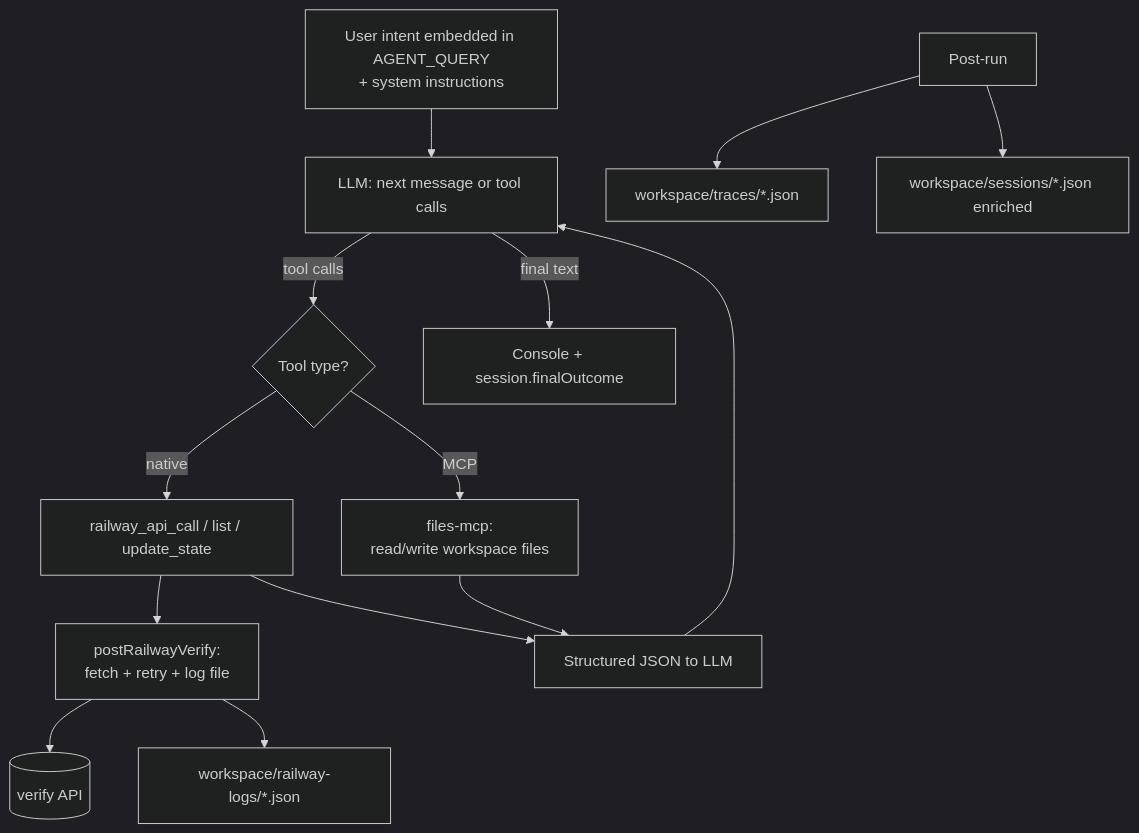
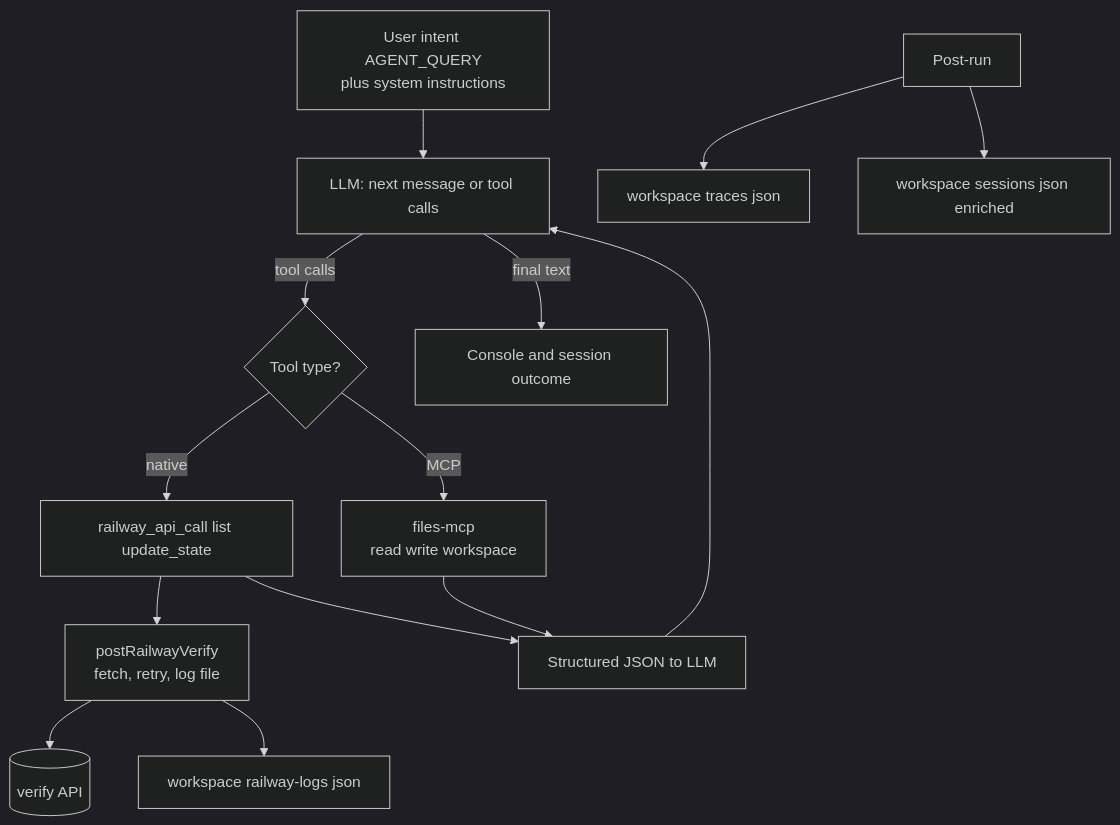
The third of 5 diagrams in 01_05_zadanie/ARCHITECTURE_AND_BUSINESS.md (rafsaw/4th-devs), drawn with Mermaid (dark theme) before and after one commit. The commit also changed other lines of this file, not shown here.

Commit message:
Refactor architecture documentation in 01_05_zadanie: Update flowchart labels for clarity and consistency, enhancing readability of agent and tool interactions. Adjusted sequence diagram for improved understanding of HTTP retry logic and tool execution flow.

````diff
--- a/01_05_zadanie/ARCHITECTURE_AND_BUSINESS.md
+++ b/01_05_zadanie/ARCHITECTURE_AND_BUSINESS.md
@@ -107,23 +107,23 @@
 ```mermaid
 flowchart TD
-  Q[User intent embedded in AGENT_QUERY\n+ system instructions] --> L[LLM: next message or tool calls]
+  Q["User intent AGENT_QUERY<br/>plus system instructions"] --> L["LLM: next message or tool calls"]
 
   L -->|tool calls| T{Tool type?}
 
-  T -->|MCP| F[files-mcp:\nread/write workspace files]
-  T -->|native| R[railway_api_call / list / update_state]
+  T -->|MCP| F["files-mcp<br/>read write workspace"]
+  T -->|native| R["railway_api_call list update_state"]
 
-  R --> HTTP[postRailwayVerify:\nfetch + retry + log file]
-  HTTP --> API[(verify API)]
+  R --> HTTP["postRailwayVerify<br/>fetch, retry, log file"]
+  HTTP --> API[("verify API")]
 
-  HTTP --> LOG[workspace/railway-logs/*.json]
-  R --> OUT[Structured JSON to LLM]
+  HTTP --> LOG["workspace railway-logs json"]
+  R --> OUT["Structured JSON to LLM"]
 
   F --> OUT
   OUT --> L
 
-  L -->|final text| ANS[Console + session.finalOutcome]
+  L -->|final text| ANS["Console and session outcome"]
 
-  APPX[Post-run] --> TRFILE[workspace/traces/*.json]
-  APPX --> SESSJ[workspace/sessions/*.json enriched]
+  APPX["Post-run"] --> TRFILE["workspace traces json"]
+  APPX --> SESSJ["workspace sessions json enriched"]
 ```
````
